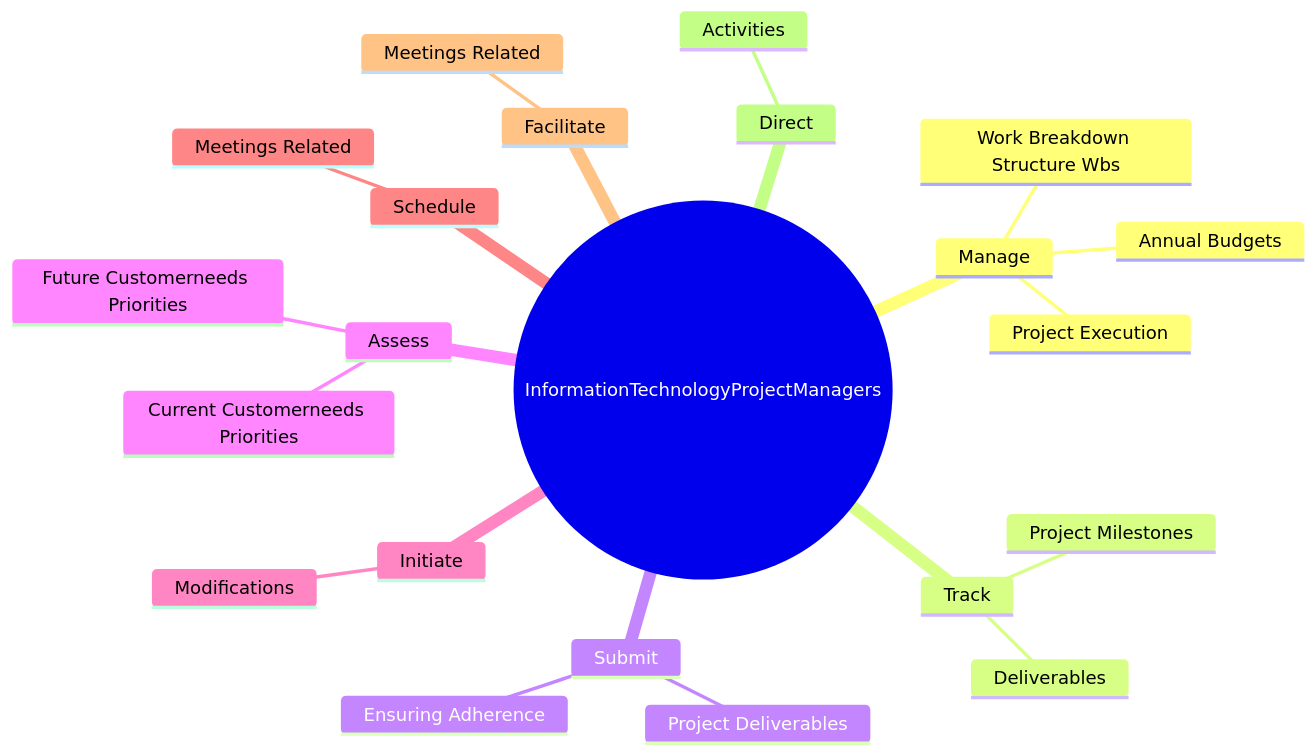
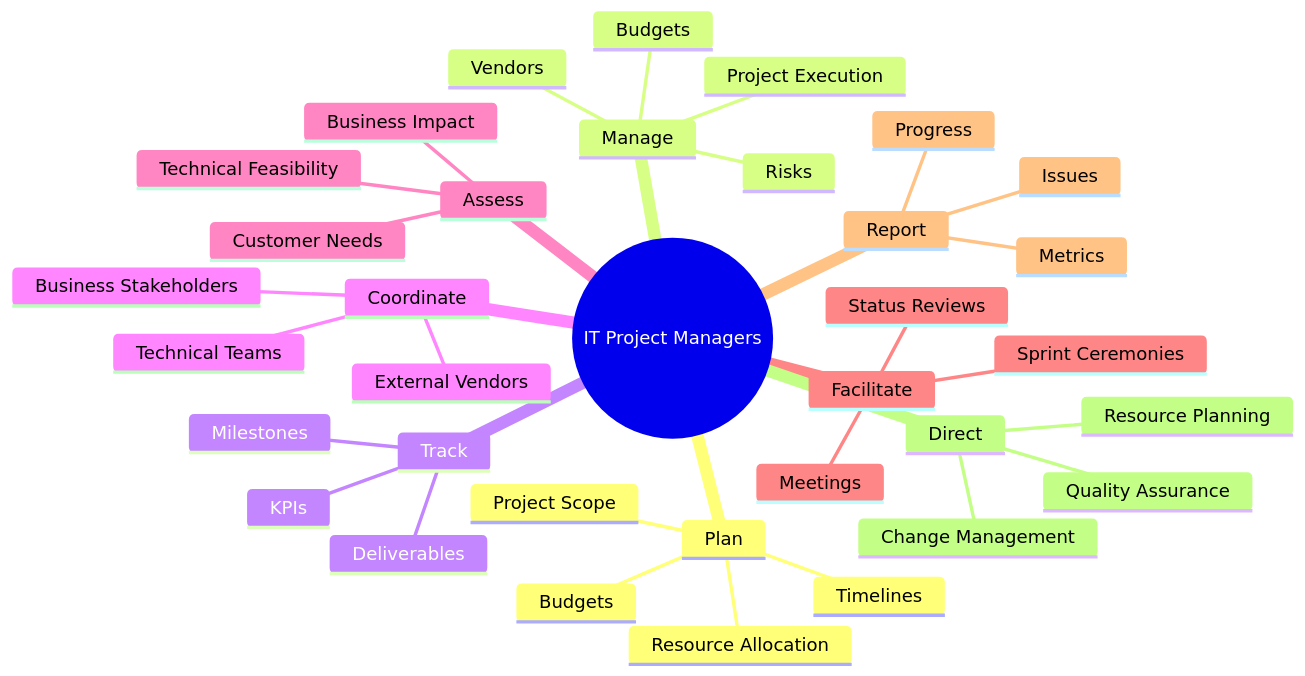
One commit to kziemski/business.org.ai changed the second of 4 diagrams in occupations/Technology/InformationTechnologyProjectManagers.mdx. Above: the diagram before and after it, drawn with Mermaid. The commit also changed other lines of this file and 938 other files, not shown here.

````diff
--- a/occupations/Technology/InformationTechnologyProjectManagers.mdx
+++ b/occupations/Technology/InformationTechnologyProjectManagers.mdx
@@ -38,25 +46,38 @@
 ```mermaid
 mindmap
-    root(("InformationTechnologyProjectManagers"))
+    root(("IT Project Managers"))
+        Plan
+            Project Scope
+            Timelines
+            Budgets
+            Resource Allocation
         Manage
             Project Execution
-            Annual Budgets
-            Work Breakdown Structure Wbs
+            Budgets
+            Risks
+            Vendors
         Track
-            Project Milestones
+            Milestones
             Deliverables
-        Submit
-            Project Deliverables
-            Ensuring Adherence
+            KPIs
+        Coordinate
+            Technical Teams
+            Business Stakeholders
+            External Vendors
         Assess
-            Current Customerneeds Priorities
-            Future Customerneeds Priorities
-        Initiate
-            Modifications
-        Schedule
-            Meetings Related
+            Customer Needs
+            Technical Feasibility
+            Business Impact
         Facilitate
-            Meetings Related
+            Meetings
+            Sprint Ceremonies
+            Status Reviews
+        Report
+            Progress
+            Issues
+            Metrics
         Direct
-            Activities
+            Change Management
+            Resource Planning
+            Quality Assurance
 ```
````
